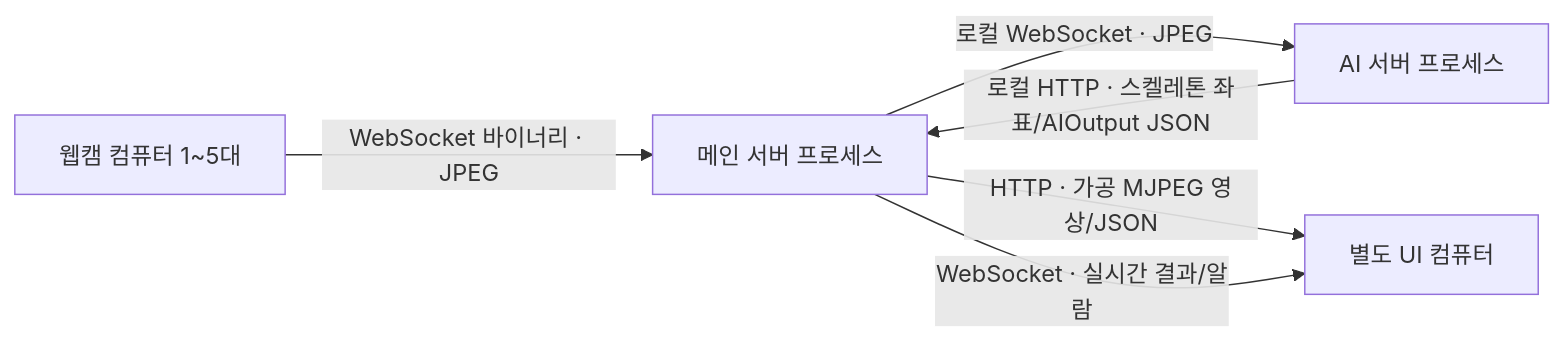
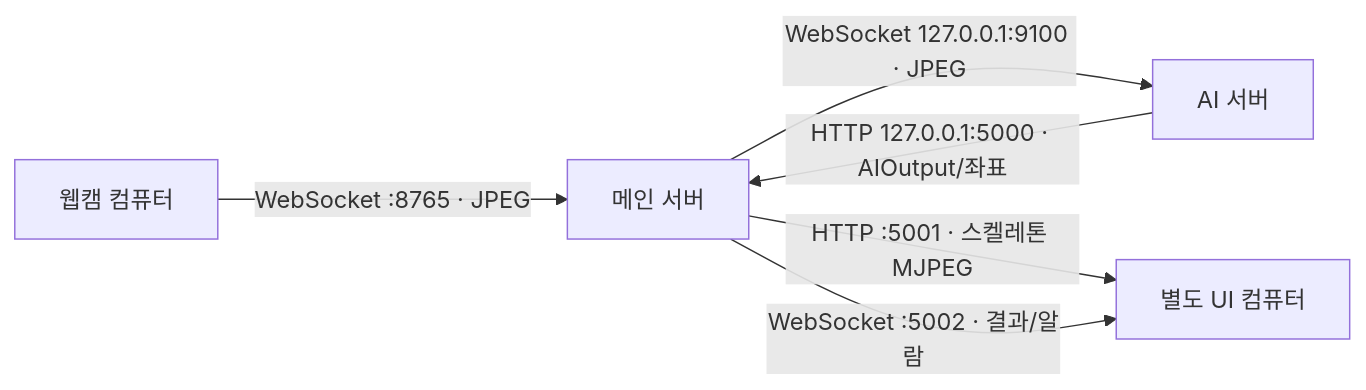
The diagram in README.md (KimSunWooo/deep-learning-project), drawn with Mermaid before and after one commit. The commit also changed other lines of this file and 15 other files, not shown here.

````diff
--- a/README.md
+++ b/README.md
@@ -16,8 +7,8 @@
 ```mermaid
 flowchart LR
-    C["웹캠 컴퓨터 1~5대"] -->|"WebSocket 바이너리 · JPEG"| M["메인 서버 프로세스"]
-    M -->|"로컬 WebSocket · JPEG"| A["AI 서버 프로세스"]
-    A -->|"로컬 HTTP · 스켈레톤 좌표/AIOutput JSON"| M
-    M -->|"HTTP · 가공 MJPEG 영상/JSON"| U
-    M -->|"WebSocket · 실시간 결과/알람"| U["별도 UI 컴퓨터"]
+    C["웹캠 컴퓨터"] -->|"WebSocket :8765 · JPEG"| M["메인 서버"]
+    M -->|"WebSocket 127.0.0.1:9100 · JPEG"| A["AI 서버"]
+    A -->|"HTTP 127.0.0.1:5000 · AIOutput/좌표"| M
+    M -->|"HTTP :5001 · 스켈레톤 MJPEG"| U["별도 UI 컴퓨터"]
+    M -->|"WebSocket :5002 · 결과/알람"| U
 ```
````
